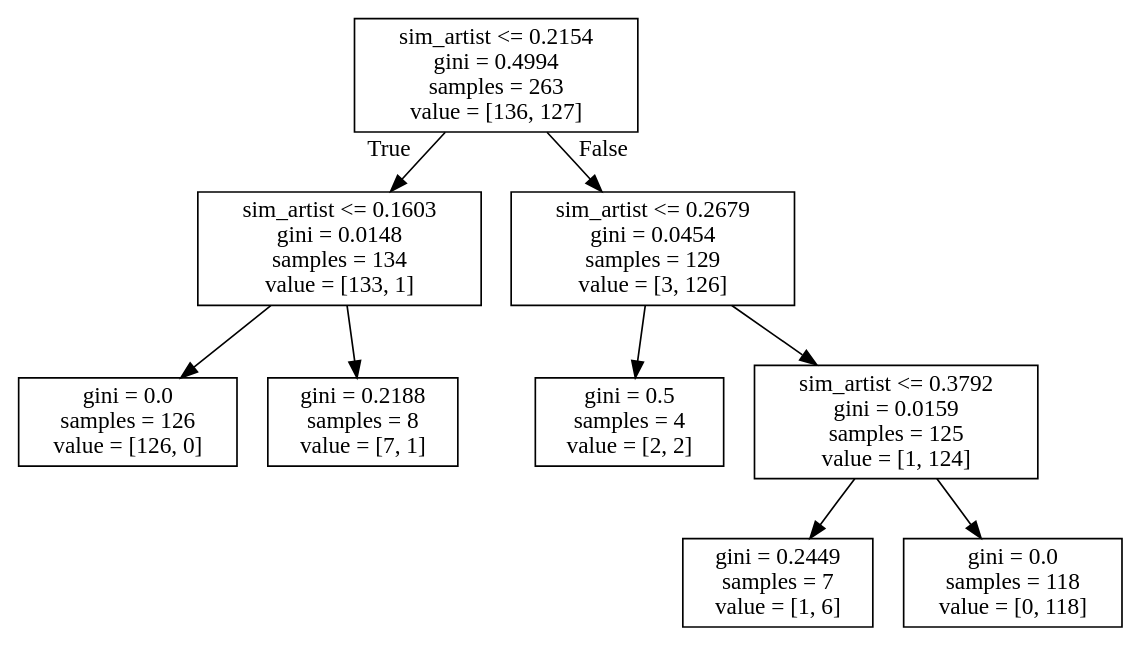
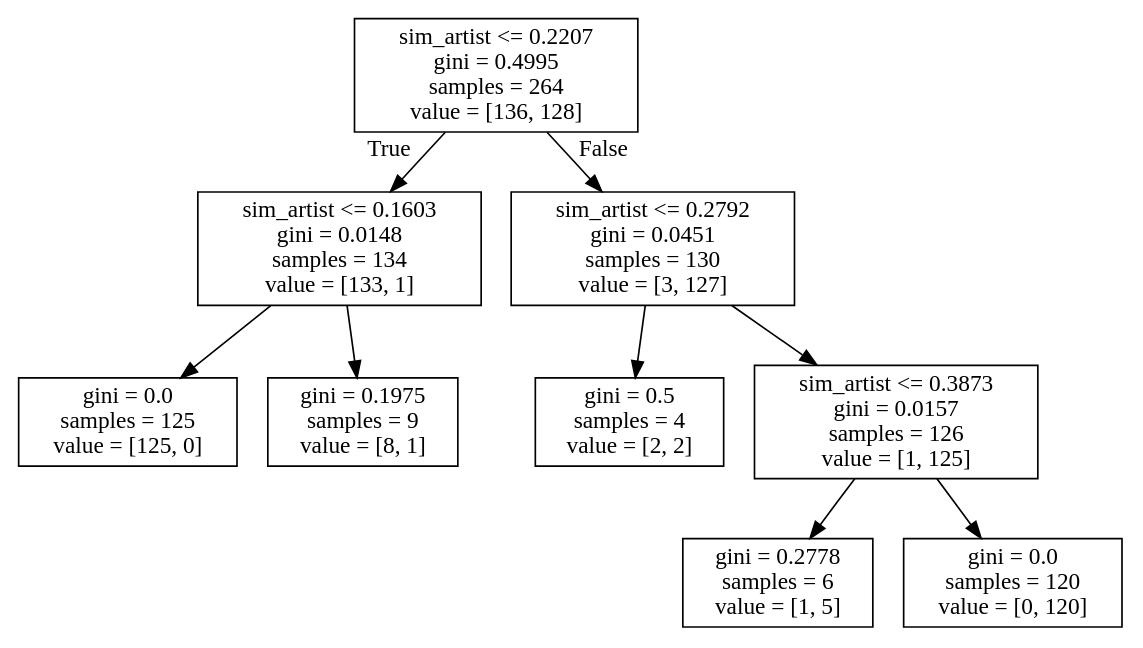
The diagram in csv/training/tree.dot (ede0m/music_data-638), drawn with Graphviz before and after one commit. The commit also changed 1 other file, not shown here.

```diff
--- a/csv/training/tree.dot
+++ b/csv/training/tree.dot
@@ -1,20 +1,20 @@
 digraph Tree {
 node [shape=box] ;
-0 [label="sim_artist <= 0.2154\ngini = 0.4994\nsamples = 263\nvalue = [136, 127]"] ;
+0 [label="sim_artist <= 0.2207\ngini = 0.4995\nsamples = 264\nvalue = [136, 128]"] ;
 1 [label="sim_artist <= 0.1603\ngini = 0.0148\nsamples = 134\nvalue = [133, 1]"] ;
 0 -> 1 [labeldistance=2.5, labelangle=45, headlabel="True"] ;
-2 [label="gini = 0.0\nsamples = 126\nvalue = [126, 0]"] ;
+2 [label="gini = 0.0\nsamples = 125\nvalue = [125, 0]"] ;
 1 -> 2 ;
-3 [label="gini = 0.2188\nsamples = 8\nvalue = [7, 1]"] ;
+3 [label="gini = 0.1975\nsamples = 9\nvalue = [8, 1]"] ;
 1 -> 3 ;
-4 [label="sim_artist <= 0.2679\ngini = 0.0454\nsamples = 129\nvalue = [3, 126]"] ;
+4 [label="sim_artist <= 0.2792\ngini = 0.0451\nsamples = 130\nvalue = [3, 127]"] ;
 0 -> 4 [labeldistance=2.5, labelangle=-45, headlabel="False"] ;
 5 [label="gini = 0.5\nsamples = 4\nvalue = [2, 2]"] ;
 4 -> 5 ;
-6 [label="sim_artist <= 0.3792\ngini = 0.0159\nsamples = 125\nvalue = [1, 124]"] ;
+6 [label="sim_artist <= 0.3873\ngini = 0.0157\nsamples = 126\nvalue = [1, 125]"] ;
 4 -> 6 ;
-7 [label="gini = 0.2449\nsamples = 7\nvalue = [1, 6]"] ;
+7 [label="gini = 0.2778\nsamples = 6\nvalue = [1, 5]"] ;
 6 -> 7 ;
-8 [label="gini = 0.0\nsamples = 118\nvalue = [0, 118]"] ;
+8 [label="gini = 0.0\nsamples = 120\nvalue = [0, 120]"] ;
 6 -> 8 ;
 }
```
